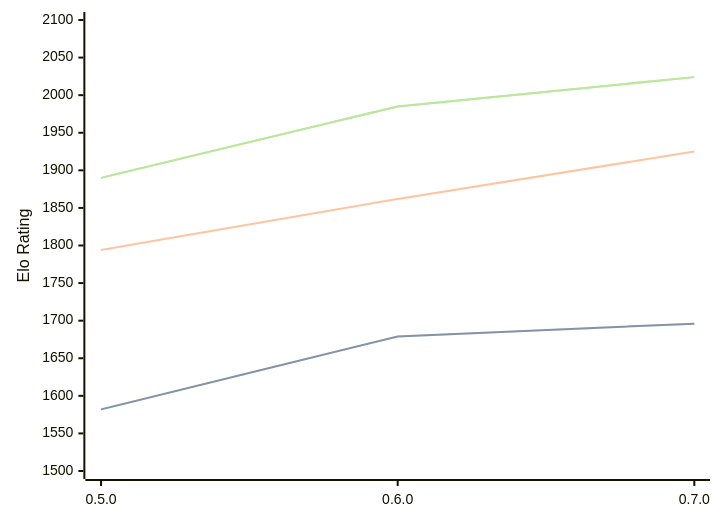
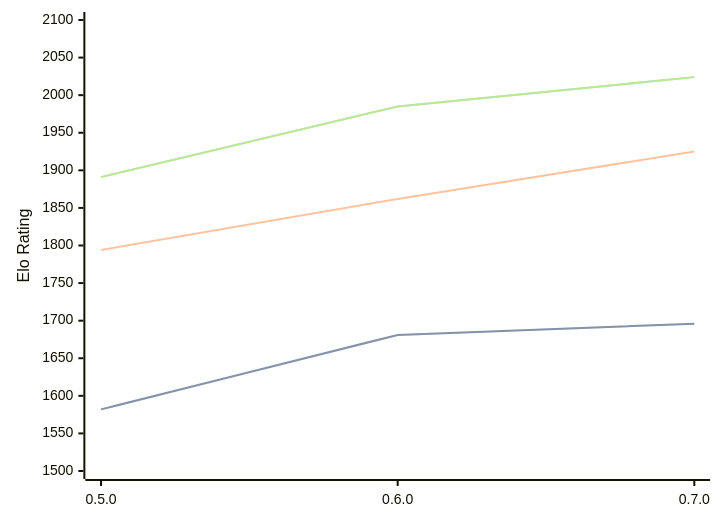
The diagram in engines/Chess-rs.md (computer-chess-index/cci), drawn with Mermaid before and after one commit. The commit also changed other lines of this file, not shown here.

Commit message:
Update CCI Ratings (ELO VLTC) - 2026-09-16

````diff
--- a/engines/Chess-rs.md
+++ b/engines/Chess-rs.md
@@ -33,11 +33,11 @@
 ```mermaid
 %%{init: {"theme":"base","themeVariables":{"seriesColors:['#a3a3a3','#222221','#faa371']}}}%%
 xychart-beta
   x-axis ["0.5.0", "0.6.0", "0.7.0"]
   y-axis "Elo Rating" 1500 --> 2100
-  line "" [1582, 1679, 1696]
-  line "STC (8.0+0.08s)" [1582, 1679, 1696]
+  line "" [1582, 1681, 1696]
+  line "STC (8.0+0.08s)" [1582, 1681, 1696]
   line "LTC (60.0+0.60s)" [1794, 1862, 1925]
-  line "" [1890, 1985, 2024]
-  line "VLTC (2m24s+1.12s)" [1890, 1985, 2024]
+  line "" [1891, 1985, 2024]
+  line "VLTC (2m24s+1.12s)" [1891, 1985, 2024]
 ```
````
